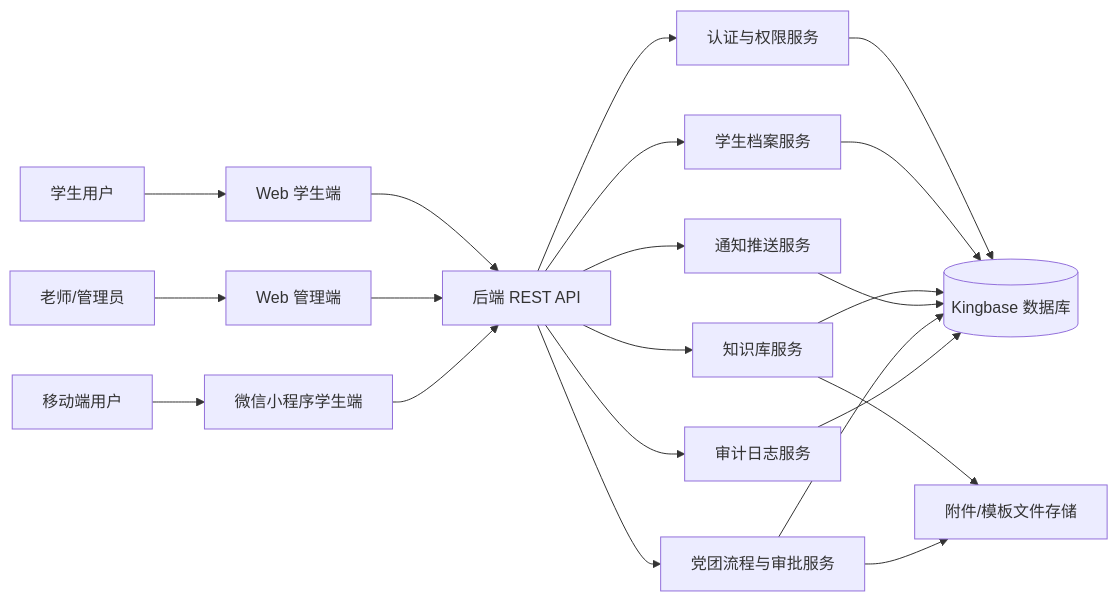
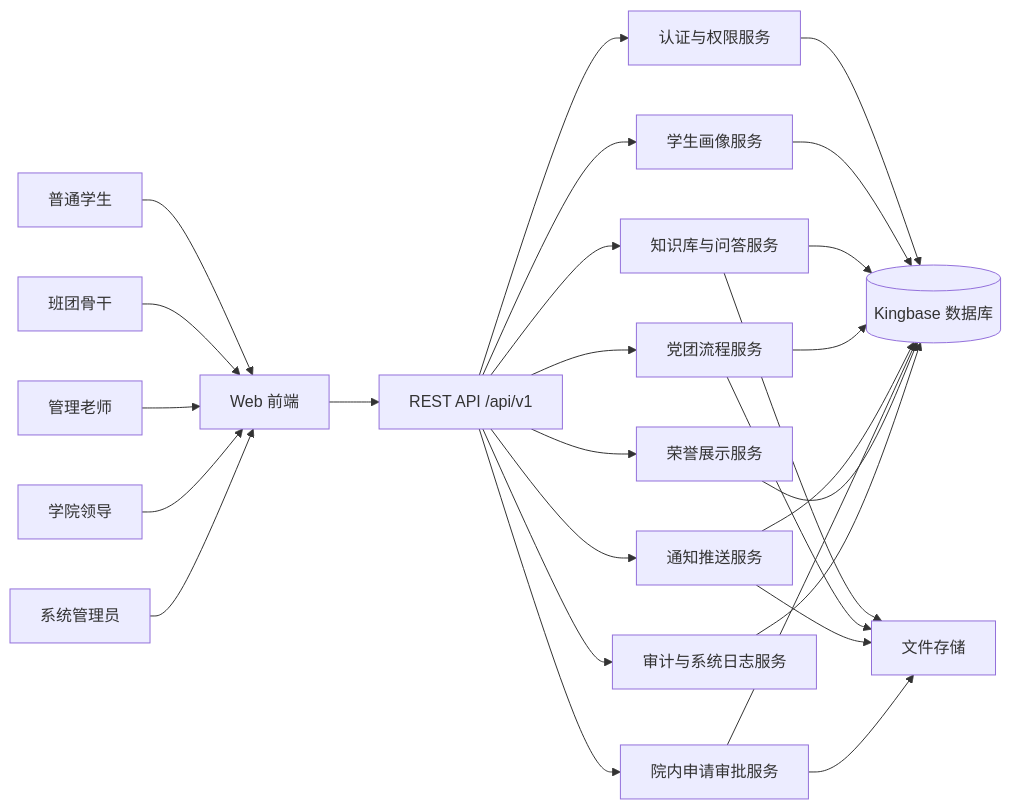
One commit to sun-qian-01/app-for-ISE changed the first of 9 diagrams in 软件设计文档.md. Above: the diagram before and after it, drawn with Mermaid. The commit also changed other lines of this file and 2 other files, not shown here.

````diff
--- a/软件设计文档.md
+++ b/软件设计文档.md
@@ -124,27 +200,32 @@
 ```mermaid
 flowchart LR
-    Student[学生用户] --> WebStudent[Web 学生端]
-    Teacher[老师/管理员] --> WebAdmin[Web 管理端]
-    Mobile[移动端用户] --> MiniApp[微信小程序学生端]
+    Student[普通学生] --> Web[Web 前端]
+    Cadre[班团骨干] --> Web
+    Teacher[管理老师] --> Web
+    Leader[学院领导] --> Web
+    SysAdmin[系统管理员] --> Web
 
-    WebStudent --> API[后端 REST API]
-    WebAdmin --> API
-    MiniApp --> API
-
+    Web --> API[REST API /api/v1]
     API --> Auth[认证与权限服务]
-    API --> StudentSvc[学生档案服务]
-    API --> KbSvc[知识库服务]
+    API --> StudentSvc[学生画像服务]
+    API --> KbSvc[知识库与问答服务]
+    API --> PartySvc[党团流程服务]
     API --> NoticeSvc[通知推送服务]
-    API --> FlowSvc[党团流程与审批服务]
-    API --> AuditSvc[审计日志服务]
+    API --> AppSvc[院内申请审批服务]
+    API --> HonorSvc[荣誉展示服务]
+    API --> LogSvc[审计与系统日志服务]
 
     Auth --> DB[(Kingbase 数据库)]
     StudentSvc --> DB
     KbSvc --> DB
+    PartySvc --> DB
     NoticeSvc --> DB
-    FlowSvc --> DB
-    AuditSvc --> DB
+    AppSvc --> DB
+    HonorSvc --> DB
+    LogSvc --> DB
 
-    KbSvc --> FileStore[附件/模板文件存储]
-    FlowSvc --> FileStore
+    KbSvc --> FileStore[文件存储]
+    PartySvc --> FileStore
+    NoticeSvc --> FileStore
+    AppSvc --> FileStore
 ```
````
